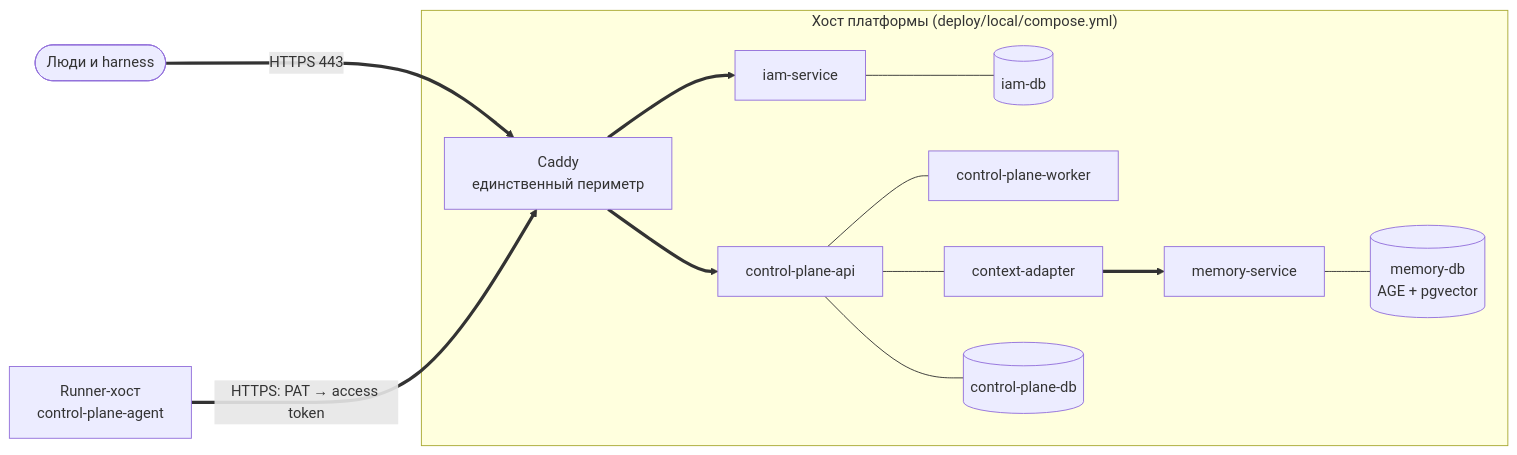
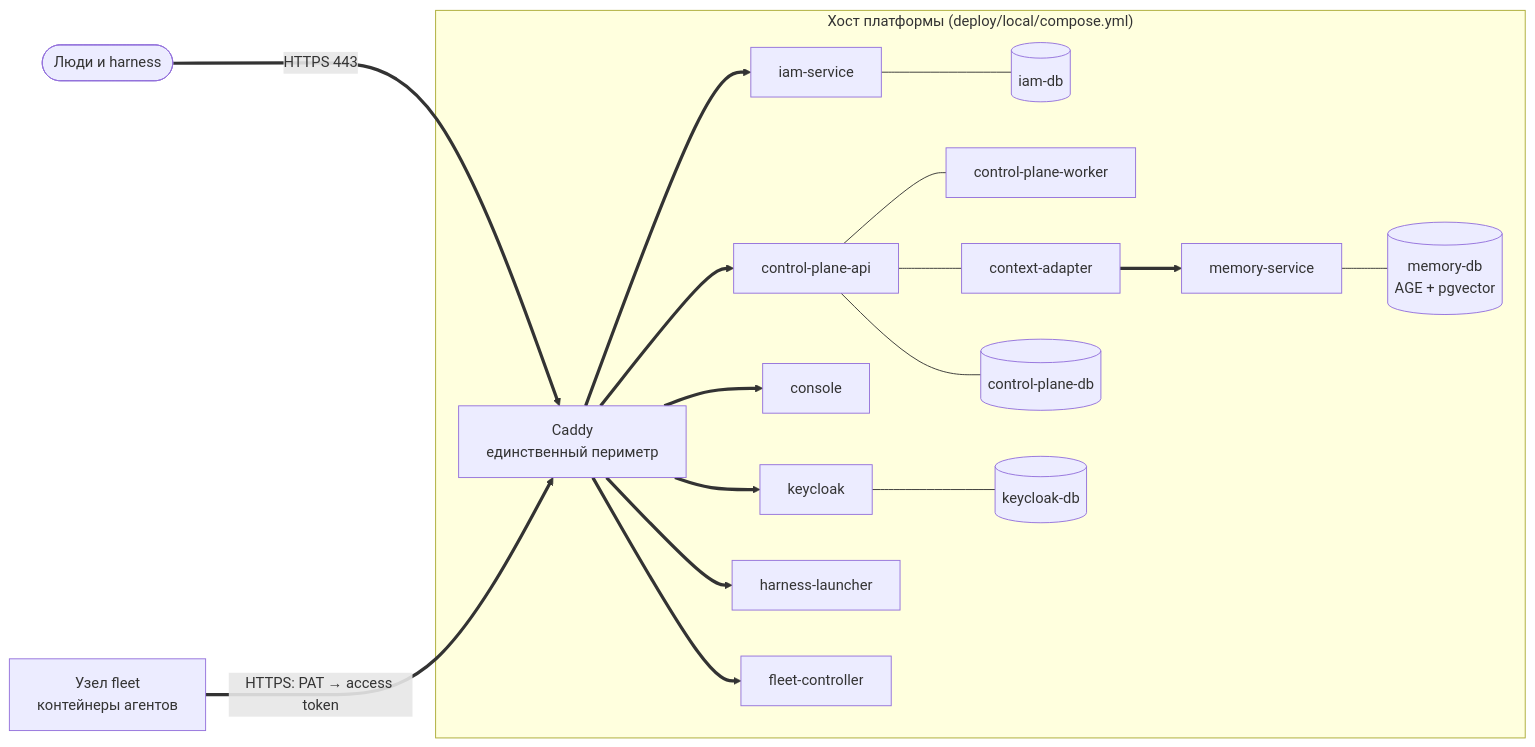
Before and after one commit to taimen-ai/taimen: the diagram in guide/docs/operations/index.ru.md, drawn with Mermaid. The commit also changed other lines of this file and 123 other files, not shown here.

First line of the commit message:
guide: fleet, console, assistant and Keycloak sign-in in the public guide

````diff
--- a/guide/docs/operations/index.ru.md
+++ b/guide/docs/operations/index.ru.md
@@ -15,16 +15,21 @@
 ```mermaid
 flowchart LR
     user([Люди и harness]) ==>|HTTPS 443| caddy
     subgraph host["Хост платформы (deploy/local/compose.yml)"]
         caddy[Caddy<br/>единственный периметр]
         caddy ==> iam[iam-service]
         caddy ==> cp[control-plane-api]
+        caddy ==> con[console]
+        caddy ==> kc[keycloak]
+        caddy ==> hl[harness-launcher]
+        caddy ==> fc[fleet-controller]
+        kc --- kcdb[(keycloak-db)]
         cp --- worker[control-plane-worker]
         cp --- adapter[context-adapter]
         adapter ==> mem[memory-service]
         iam --- iamdb[(iam-db)]
         cp --- cpdb[(control-plane-db)]
         mem --- memdb[(memory-db<br/>AGE + pgvector)]
     end
-    runner[Runner-хост<br/>control-plane-agent] ==>|HTTPS: PAT → access token| caddy
+    runner[Узел fleet<br/>контейнеры агентов] ==>|HTTPS: PAT → access token| caddy
 ```
````
